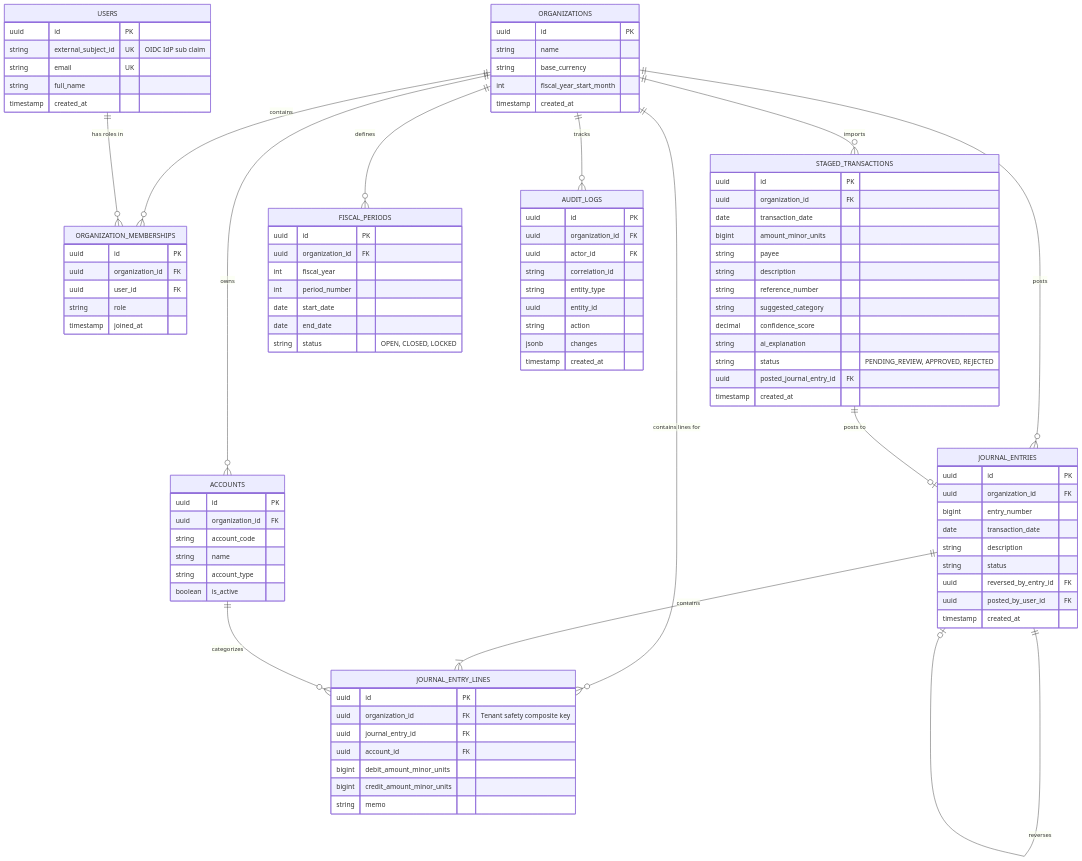
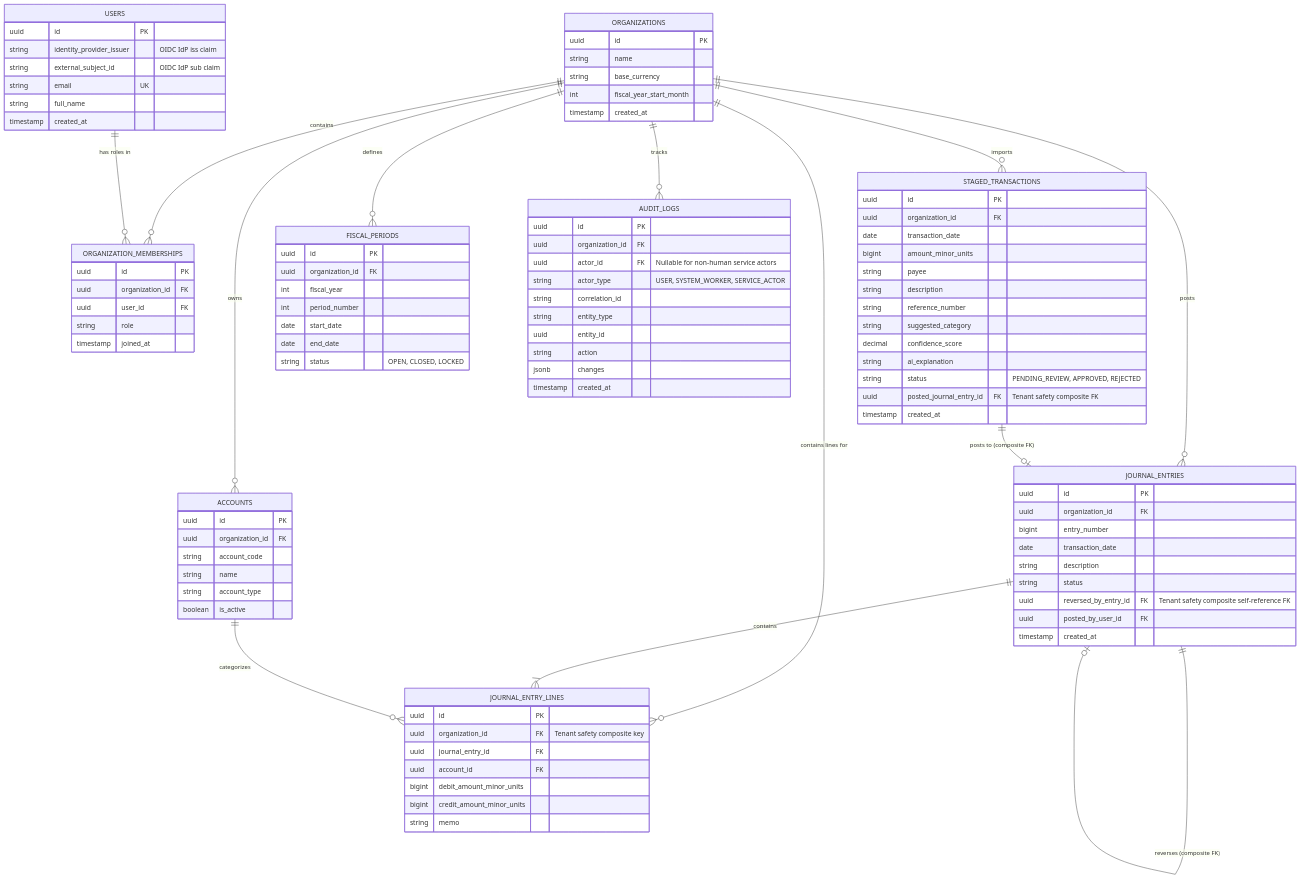
Before and after one commit to NIRASHA3/finintel: the diagram in docs/architecture/data-model.md, drawn with Mermaid. The commit also changed other lines of this file and 9 other files, not shown here.

Commit message:
docs: finalize FinIntel architecture foundation

```diff
--- a/docs/architecture/data-model.md
+++ b/docs/architecture/data-model.md
@@ -23,8 +25,8 @@
 
     JOURNAL_ENTRIES ||--|{ JOURNAL_ENTRY_LINES : "contains"
     ACCOUNTS ||--o{ JOURNAL_ENTRY_LINES : "categorizes"
-    JOURNAL_ENTRIES ||--o| JOURNAL_ENTRIES : "reverses"
-    STAGED_TRANSACTIONS ||--o| JOURNAL_ENTRIES : "posts to"
+    JOURNAL_ENTRIES ||--o| JOURNAL_ENTRIES : "reverses (composite FK)"
+    STAGED_TRANSACTIONS ||--o| JOURNAL_ENTRIES : "posts to (composite FK)"
 
     ORGANIZATIONS {
         uuid id PK
@@ -36,7 +38,8 @@
 
     USERS {
         uuid id PK
-        string external_subject_id UK "OIDC IdP sub claim"
+        string identity_provider_issuer "OIDC IdP iss claim"
+        string external_subject_id "OIDC IdP sub claim"
         string email UK
         string full_name
         timestamp created_at
@@ -66,7 +69,7 @@
         date transaction_date
         string description
         string status
-        uuid reversed_by_entry_id FK
+        uuid reversed_by_entry_id FK "Tenant safety composite self-reference FK"
         uuid posted_by_user_id FK
         timestamp created_at
     }
@@ -93,7 +96,7 @@
         decimal confidence_score
         string ai_explanation
         string status "PENDING_REVIEW, APPROVED, REJECTED"
-        uuid posted_journal_entry_id FK
+        uuid posted_journal_entry_id FK "Tenant safety composite FK"
         timestamp created_at
     }
 
@@ -110,7 +113,8 @@
     AUDIT_LOGS {
         uuid id PK
         uuid organization_id FK
-        uuid actor_id FK
+        uuid actor_id FK "Nullable for non-human service actors"
+        string actor_type "USER, SYSTEM_WORKER, SERVICE_ACTOR"
         string correlation_id
         string entity_type
         uuid entity_id
```
